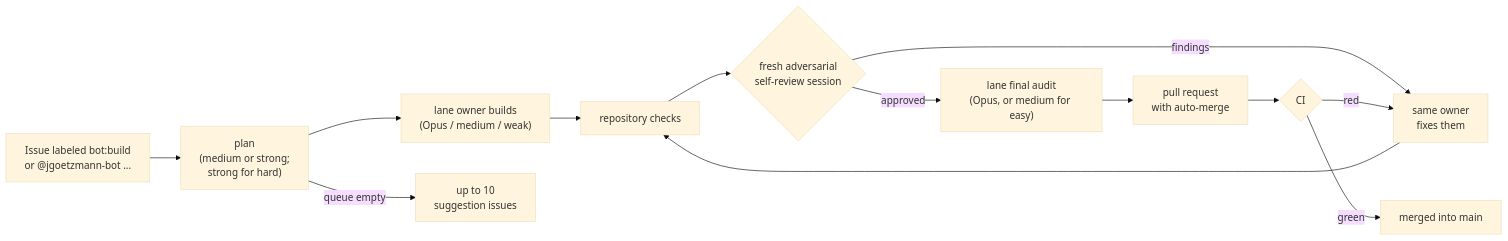
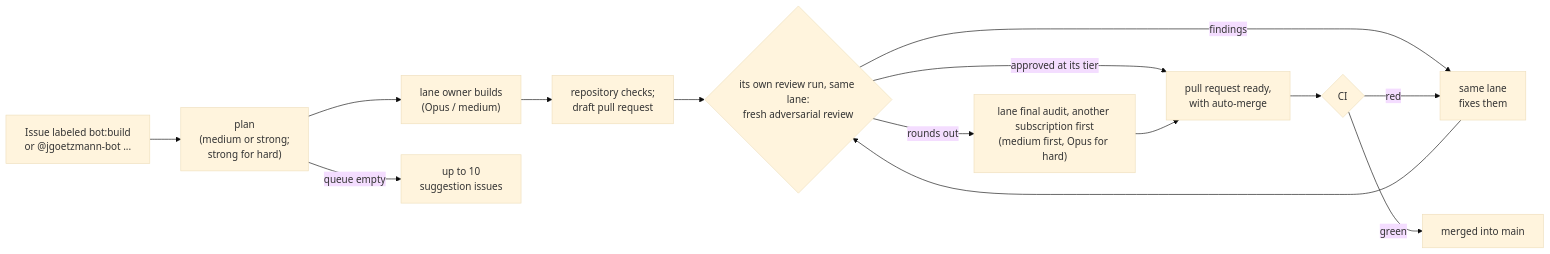
Before and after one commit to Jlore-Studios/JackiOh: the second of 2 diagrams in README.md, drawn with Mermaid (base theme). The commit also changed other lines of this file and 154 other files, not shown here.

First line of the commit message:
Patch: the night bot's rework (own-lane review chain, holds and handoffs, no easy) and its usage history (#2879)

````diff
--- a/README.md
+++ b/README.md
@@ -113,14 +117,15 @@
 ```mermaid
 flowchart LR
   A["Issue labeled bot:build<br/>or @jgoetzmann-bot ..."] --> P["plan<br/>(medium or strong;<br/>strong for hard)"]
-  P --> C["lane owner builds<br/>(Opus / medium / weak)"]
-  C --> D["repository checks"]
-  D --> E{"fresh adversarial<br/>self-review session"}
-  E -- "findings" --> F["same owner<br/>fixes them"] --> D
-  E -- "approved" --> FA["lane final audit<br/>(Opus, or medium for easy)"]
-  FA --> G["pull request<br/>with auto-merge"]
+  P --> C["lane owner builds<br/>(Opus / medium)"]
+  C --> D["repository checks;<br/>draft pull request"]
+  D --> E{"its own review run, same lane:<br/>fresh adversarial review"}
+  E -- "findings" --> F["same lane<br/>fixes them"] --> E
+  E -- "approved at its tier" --> G["pull request ready,<br/>with auto-merge"]
+  E -- "rounds out" --> FA["lane final audit, another subscription first<br/>(medium first, Opus for hard)"]
+  FA --> G
   G --> H{"CI"}
   H -- "green" --> I["merged into main"]
   H -- "red" --> F
   P -- "queue empty" --> J["up to 10<br/>suggestion issues"]
 ```
````
